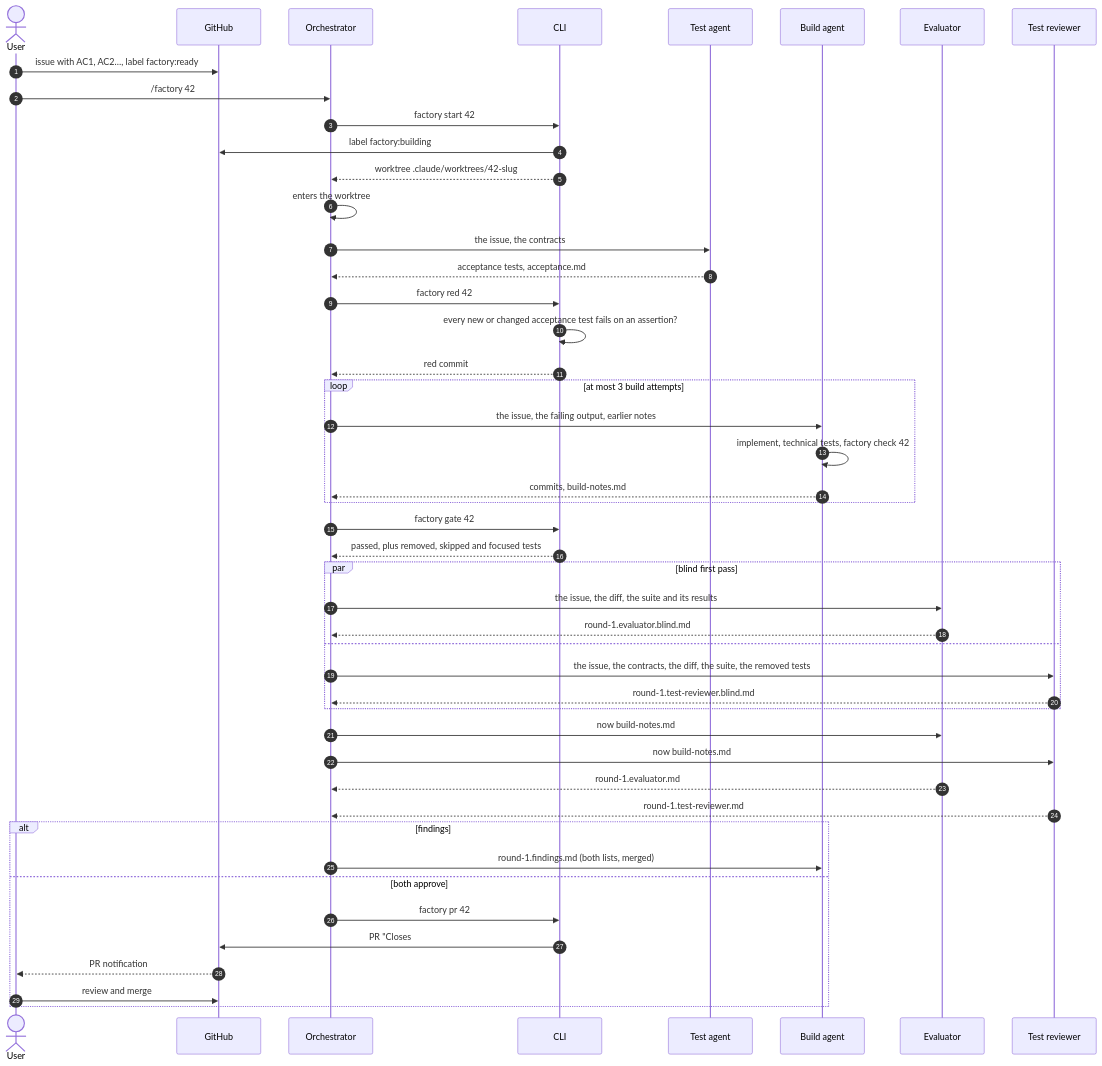
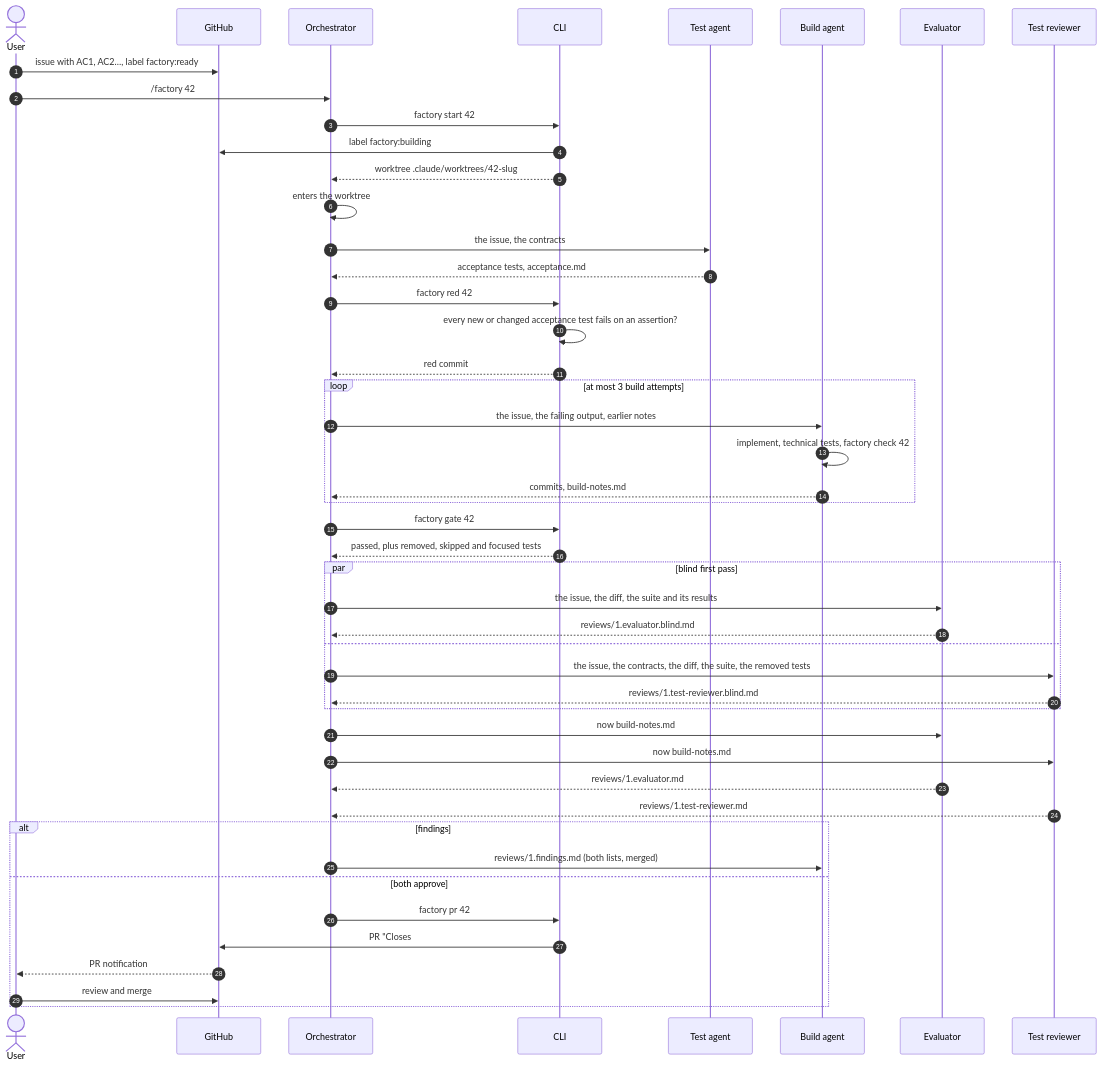
One commit to moralesbang/wandr changed the second of 7 diagrams in factory/README.md. Above: the diagram before and after it, drawn with Mermaid. The commit also changed other lines of this file and 7 other files, not shown here.

````diff
--- a/factory/README.md
+++ b/factory/README.md
@@ -83,50 +84,50 @@
 ```mermaid
 sequenceDiagram
     autonumber
     actor U as User
     participant GH as GitHub
     participant O as Orchestrator
     participant C as CLI
     participant T as Test agent
     participant B as Build agent
     participant E as Evaluator
     participant R as Test reviewer
 
     U->>GH: issue with AC1, AC2…, label factory:ready
     U->>O: /factory 42
     O->>C: factory start 42
     C->>GH: label factory:building
     C-->>O: worktree .claude/worktrees/42-slug
     O->>O: enters the worktree
     O->>T: the issue, the contracts
     T-->>O: acceptance tests, acceptance.md
     O->>C: factory red 42
     C->>C: every new or changed acceptance test fails on an assertion?
     C-->>O: red commit
     loop at most 3 build attempts
         O->>B: the issue, the failing output, earlier notes
         B->>B: implement, technical tests, factory check 42
         B-->>O: commits, build-notes.md
     end
     O->>C: factory gate 42
     C-->>O: passed, plus removed, skipped and focused tests
     par blind first pass
         O->>E: the issue, the diff, the suite and its results
-        E-->>O: round-1.evaluator.blind.md
+        E-->>O: reviews/1.evaluator.blind.md
     and
         O->>R: the issue, the contracts, the diff, the suite, the removed tests
-        R-->>O: round-1.test-reviewer.blind.md
+        R-->>O: reviews/1.test-reviewer.blind.md
     end
     O->>E: now build-notes.md
     O->>R: now build-notes.md
-    E-->>O: round-1.evaluator.md
-    R-->>O: round-1.test-reviewer.md
+    E-->>O: reviews/1.evaluator.md
+    R-->>O: reviews/1.test-reviewer.md
     alt findings
-        O->>B: round-1.findings.md (both lists, merged)
+        O->>B: reviews/1.findings.md (both lists, merged)
     else both approve
         O->>C: factory pr 42
         C->>GH: PR "Closes #42", notes and reports as a comment, label factory:pr-open
         GH-->>U: PR notification
         U->>GH: review and merge
     end
 ```
````
